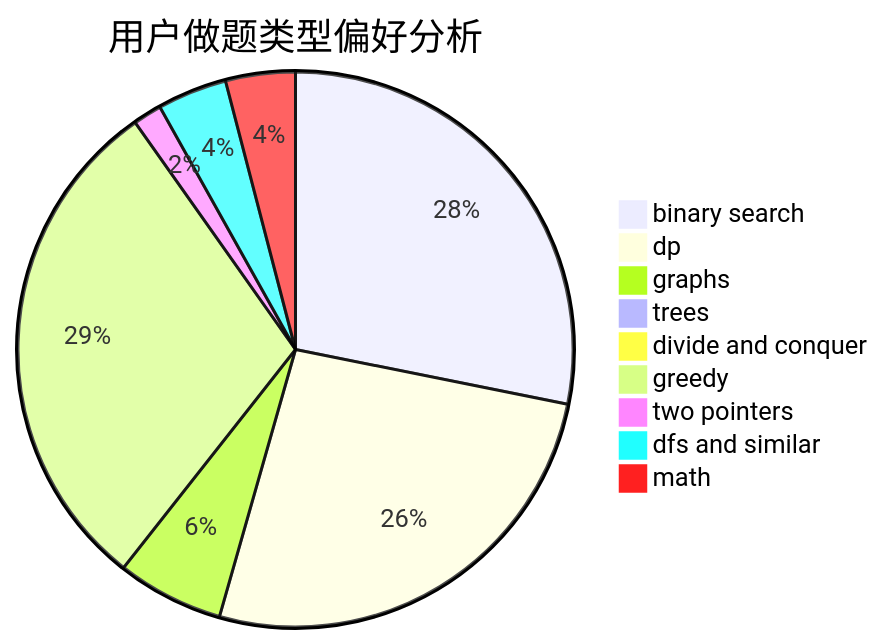
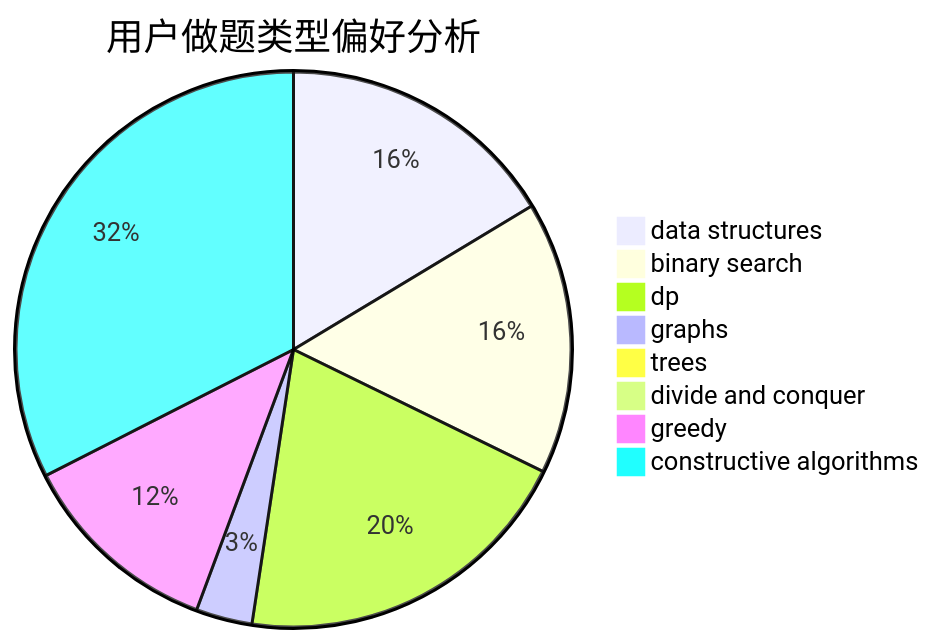
One commit to sherpahu/cfrs.github.io changed the second of 3 diagrams in docs/user/u708.md. Above: the diagram before and after it, drawn with Mermaid. The commit also changed other lines of this file and 2775 other files, not shown here.

````diff
--- a/docs/user/u708.md
+++ b/docs/user/u708.md
@@ -23,12 +23,11 @@
 ```mermaid
 pie title 用户做题类型偏好分析
-    "binary search" :  118
-    "dp" :  110
-    "graphs" :  26
+    "data structures" :  65
+    "binary search" :  63
+    "dp" :  80
+    "graphs" :  13
     "trees" :  4
     "divide and conquer" :  1
-    "greedy" :  124
-    "two pointers" :  7
-    "dfs and similar" :  17
-    "math" :  17
+    "greedy" :  47
+    "constructive algorithms" :  129
 ```
````
